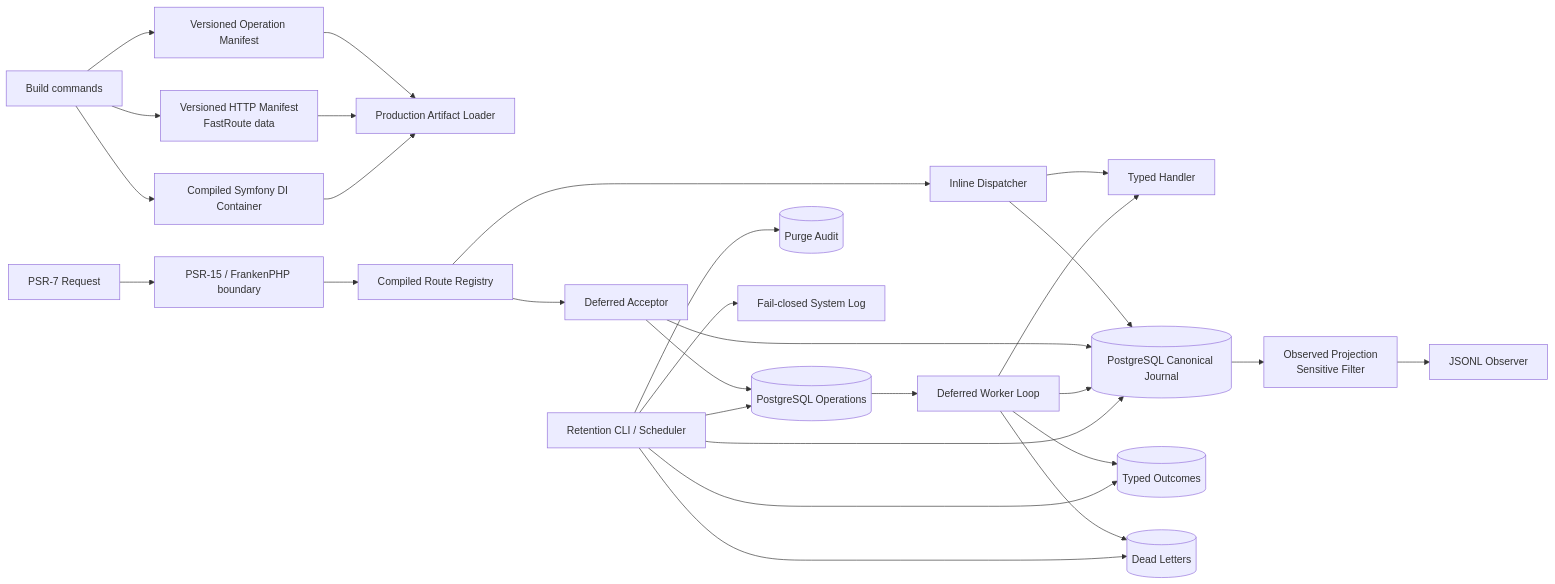
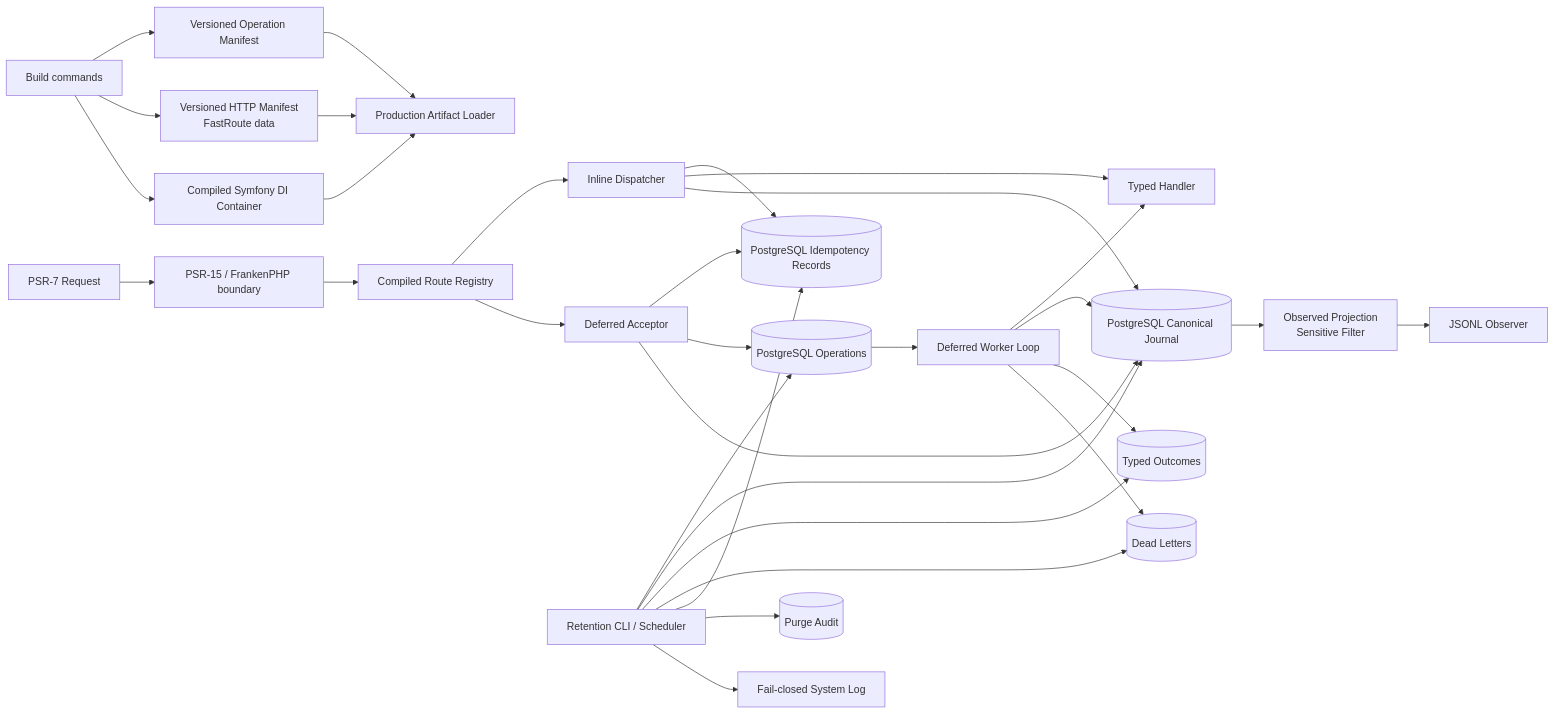
One commit to kubotak-is/blackops changed the first of 4 diagrams in docs/internal/architecture.md. Above: the diagram before and after it, drawn with Mermaid. The commit also changed other lines of this file and 80 other files, not shown here.

````diff
--- a/docs/internal/architecture.md
+++ b/docs/internal/architecture.md
@@ -7,32 +7,35 @@
 ```mermaid
 flowchart LR
     Build[Build commands] --> OM[Versioned Operation Manifest]
     Build --> HM[Versioned HTTP Manifest<br/>FastRoute data]
     Build --> DI[Compiled Symfony DI Container]
     OM --> Runtime[Production Artifact Loader]
     HM --> Runtime
     DI --> Runtime
 
     HTTP[PSR-7 Request] --> FC[PSR-15 / FrankenPHP boundary]
     FC --> Routes[Compiled Route Registry]
     Routes --> Inline[Inline Dispatcher]
     Routes --> Accept[Deferred Acceptor]
+    Inline --> Idempotency[(PostgreSQL Idempotency Records)]
+    Accept --> Idempotency
     Inline --> Handler[Typed Handler]
     Inline --> Journal[(PostgreSQL Canonical Journal)]
     Accept --> Operations[(PostgreSQL Operations)]
     Accept --> Journal
     Operations --> Worker[Deferred Worker Loop]
     Worker --> Handler
     Worker --> Journal
     Worker --> Outcomes[(Typed Outcomes)]
     Worker --> Dead[(Dead Letters)]
 
     Journal --> Project[Observed Projection<br/>Sensitive Filter]
     Project --> JSONL[JSONL Observer]
     Retention[Retention CLI / Scheduler] --> Operations
     Retention --> Journal
     Retention --> Outcomes
     Retention --> Dead
+    Retention --> Idempotency
     Retention --> Audit[(Purge Audit)]
     Retention --> SystemLog[Fail-closed System Log]
 ```
````
